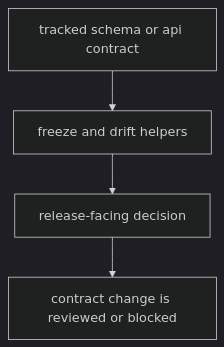
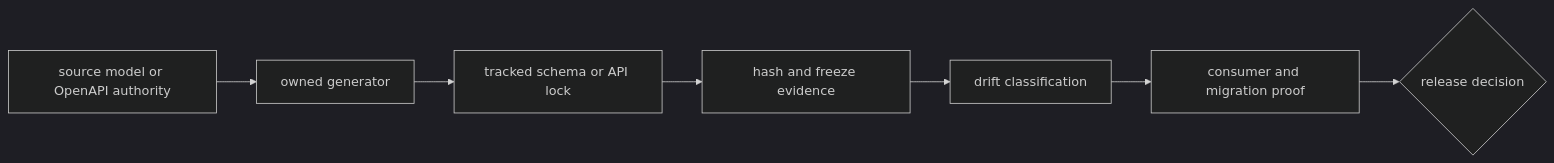
One commit to bijux/bijux-proteomics changed the diagram in docs/08-bijux-proteomics-maintain/bijux-proteomics-dev/schema-governance.md. Above: the diagram before and after it, drawn with Mermaid (dark theme). The commit also changed other lines of this file and 3 other files, not shown here.

````diff
--- a/docs/08-bijux-proteomics-maintain/bijux-proteomics-dev/schema-governance.md
+++ b/docs/08-bijux-proteomics-maintain/bijux-proteomics-dev/schema-governance.md
@@ -16,11 +18,9 @@
 ```mermaid
-flowchart TB
-    contract["tracked schema or api contract"]
-    freeze["freeze and drift helpers"]
-    release["release-facing decision"]
-    block["contract change is reviewed or blocked"]
-
-    contract --> freeze
-    freeze --> release
-    release --> block
+flowchart LR
+    S["source model or OpenAPI authority"] --> G["owned generator"]
+    G --> F["tracked schema or API lock"]
+    F --> H["hash and freeze evidence"]
+    H --> D["drift classification"]
+    D --> C["consumer and migration proof"]
+    C --> R{"release decision"}
 ```
````
